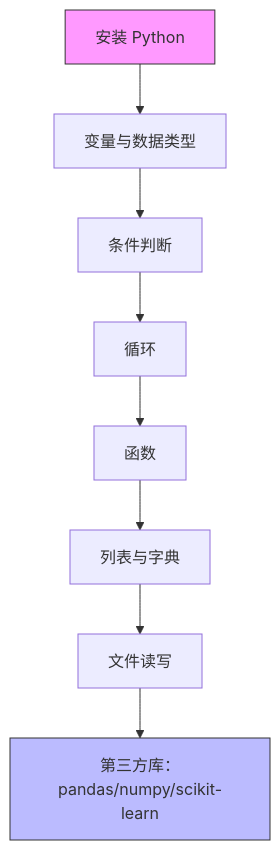
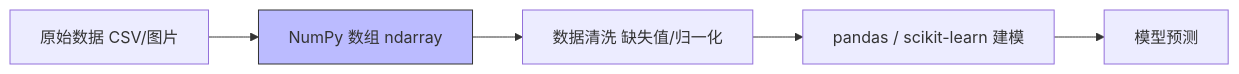
Before and after one commit to wizardforcel/baizhan-kaggle: the diagram in docs/AppendixA/index.md, drawn with Mermaid. The commit also changed other lines of this file, not shown here.

Commit message:
Rewrite Appendix A: NumPy quick reference aligned with outline

````diff
--- a/docs/AppendixA/index.md
+++ b/docs/AppendixA/index.md
@@ -7,12 +9,8 @@
 ```mermaid
-flowchart TB
-    A[安装 Python] --> B[变量与数据类型]
-    B --> C[条件判断]
-    C --> D[循环]
-    D --> E[函数]
-    E --> F[列表与字典]
-    F --> G[文件读写]
-    G --> H[第三方库：pandas/numpy/scikit-learn]
-    style A fill:#f9f,stroke:#333
-    style H fill:#bbf,stroke:#333
+flowchart LR
+    A[原始数据 CSV/图片] --> B[NumPy 数组 ndarray]
+    B --> C[数据清洗 缺失值/归一化]
+    C --> D[pandas / scikit-learn 建模]
+    D --> E[模型预测]
+    style B fill:#bbf,stroke:#333
 ```
````
